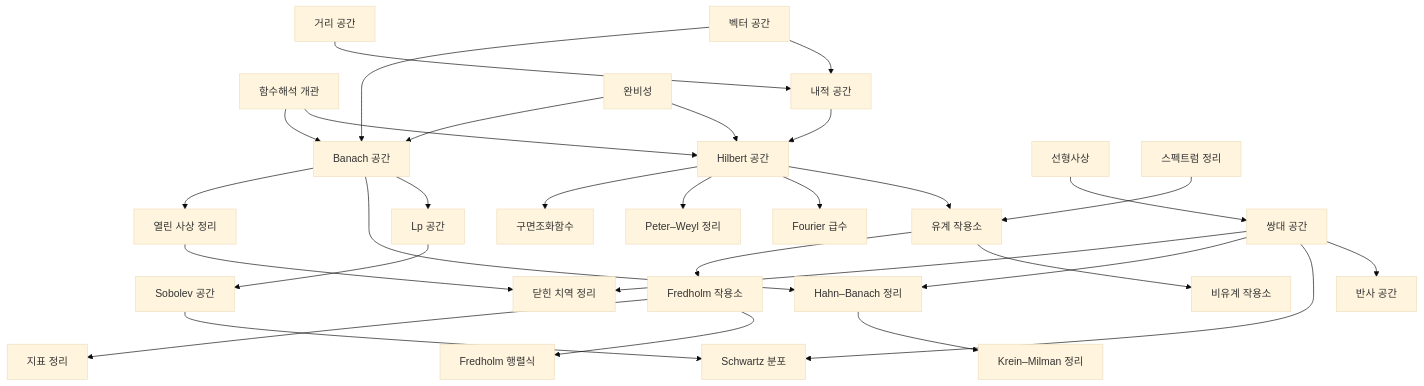
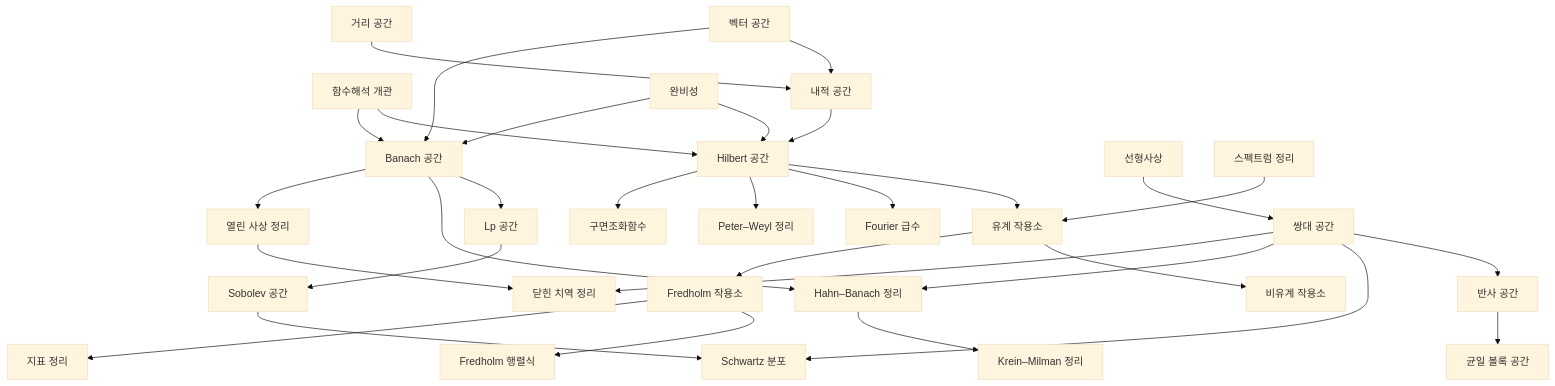
Before and after one commit to Phryxia/math-map: the diagram in docs/functional-analysis-overview.md, drawn with Mermaid (base theme). The commit also changed other lines of this file and 3 other files, not shown here.

````diff
--- a/docs/functional-analysis-overview.md
+++ b/docs/functional-analysis-overview.md
@@ -15,30 +15,30 @@
 ```mermaid
 graph TD
   FAO["함수해석 개관"] --> HS["Hilbert 공간"]
   FAO --> BS["Banach 공간"]
   VS["벡터 공간"] --> IPS["내적 공간"]
   MS["거리 공간"] --> IPS
   COMP["완비성"] --> HS
   IPS --> HS
   COMP --> BS
   VS --> BS
   LM["선형사상"] --> DS["쌍대 공간"]
   BS --> LPS["Lp 공간"] --> SOB["Sobolev 공간"] --> SD["Schwartz 분포"]
-  DS --> RF["반사 공간"]
+  DS --> RF["반사 공간"] --> UC["균일 볼록 공간"]
   DS --> SD
   BS --> HB["Hahn–Banach 정리"]
   DS --> HB
   HB --> KM["Krein–Milman 정리"]
   BS --> OMT["열린 사상 정리"]
   OMT --> CRT["닫힌 치역 정리"]
   DS --> CRT
   HS --> BO["유계 작용소"]
   ST["스펙트럼 정리"] --> BO
   BO --> UBO["비유계 작용소"]
   BO --> FO["Fredholm 작용소"]
   FO --> FD["Fredholm 행렬식"]
   FO --> IT["지표 정리"]
   HS --> FS["Fourier 급수"]
   HS --> PW["Peter–Weyl 정리"]
   HS --> SH["구면조화함수"]
 ```
````
